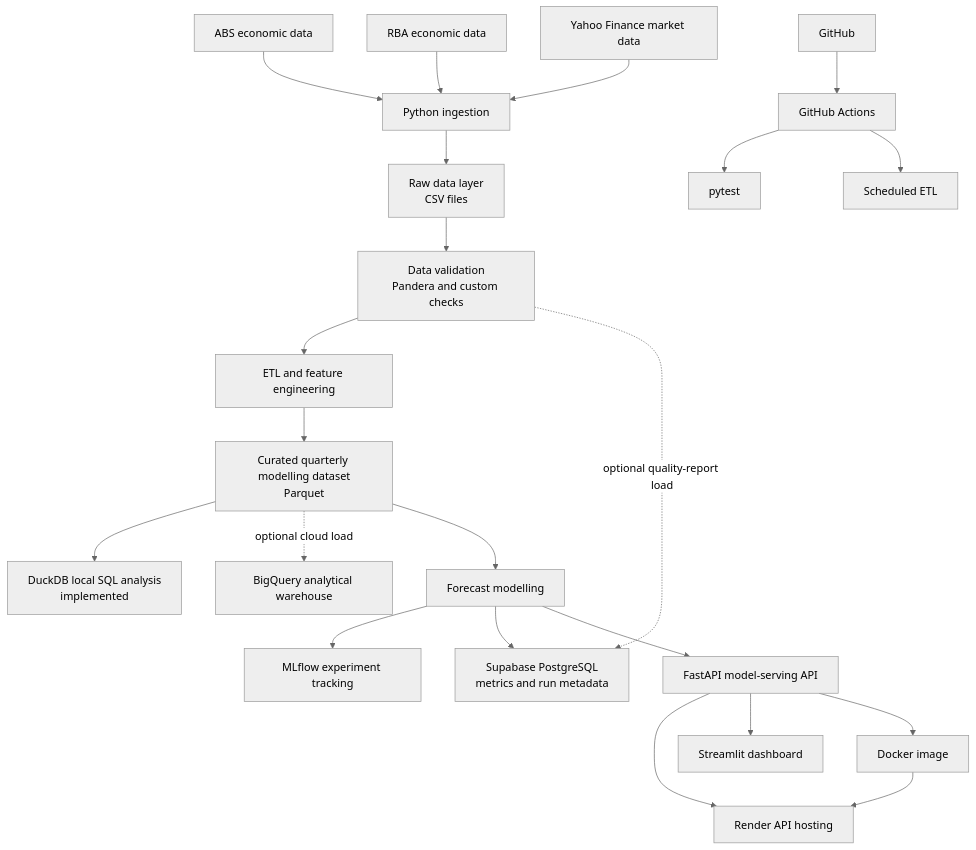
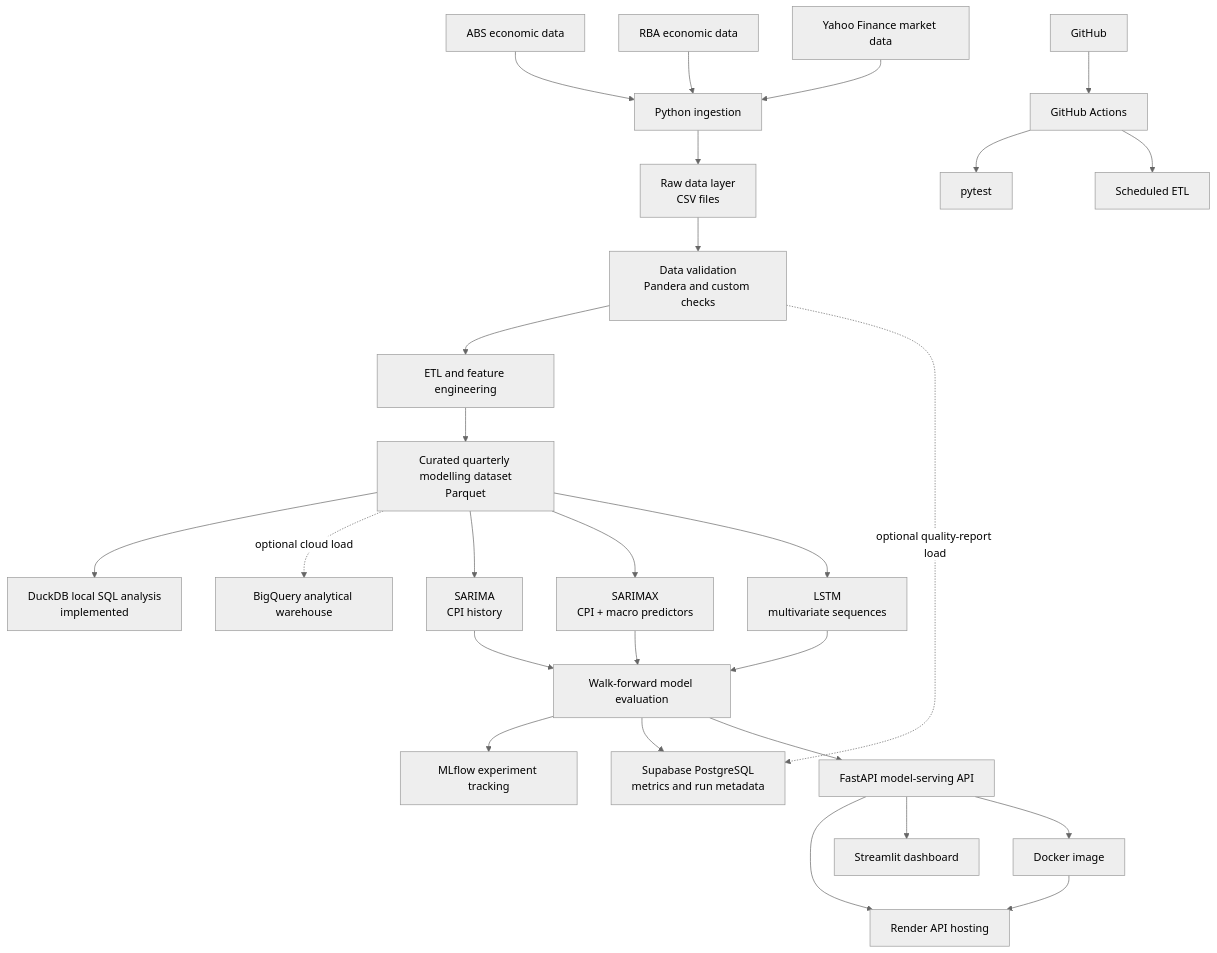
Before and after one commit to JuanVu1810/Australian-CPI-Forecast: the diagram in PROJECT_ARCHITECTURE.md, drawn with Mermaid (neutral theme). The commit also changed other lines of this file and 1 other file, not shown here.

Commit message:
update the project architecture and readme

````diff
--- a/PROJECT_ARCHITECTURE.md
+++ b/PROJECT_ARCHITECTURE.md
@@ -90,28 +112,34 @@
 ```mermaid
 flowchart TD
     ABS[ABS economic data] --> INGEST[Python ingestion]
     RBA[RBA economic data] --> INGEST
     YF[Yahoo Finance market data] --> INGEST
 
     INGEST --> RAW[Raw data layer<br/>CSV files]
     RAW --> VALIDATE[Data validation<br/>Pandera and custom checks]
     VALIDATE --> ETL[ETL and feature engineering]
     ETL --> CURATED[Curated quarterly modelling dataset<br/>Parquet]
 
     CURATED --> DUCKDB[DuckDB local SQL analysis<br/>implemented]
     CURATED -. optional cloud load .-> BQ[BigQuery analytical warehouse]
-    CURATED --> MODEL[Forecast modelling]
 
-    MODEL --> MLFLOW[MLflow experiment tracking]
+    CURATED --> SARIMA[SARIMA<br/>CPI history]
+    CURATED --> SARIMAX[SARIMAX<br/>CPI + macro predictors]
+    CURATED --> LSTM[LSTM<br/>multivariate sequences]
+    SARIMA --> EVAL[Walk-forward model evaluation]
+    SARIMAX --> EVAL
+    LSTM --> EVAL
+
+    EVAL --> MLFLOW[MLflow experiment tracking]
     VALIDATE -. optional quality-report load .-> POSTGRES[Supabase PostgreSQL<br/>metrics and run metadata]
-    MODEL --> POSTGRES
-    MODEL --> API[FastAPI model-serving API]
+    EVAL --> POSTGRES
+    EVAL --> API[FastAPI model-serving API]
     API --> RENDER[Render API hosting]
     API --> STREAMLIT[Streamlit dashboard]
 
     GITHUB[GitHub] --> ACTIONS[GitHub Actions]
     ACTIONS --> TESTS[pytest]
     ACTIONS --> SCHEDULE[Scheduled ETL]
     API --> DOCKER[Docker image]
     DOCKER --> RENDER
 ```
````
